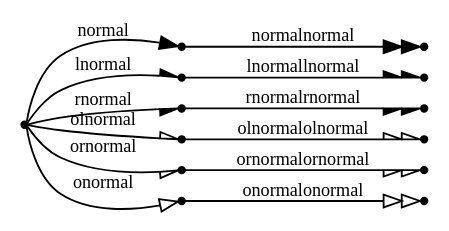
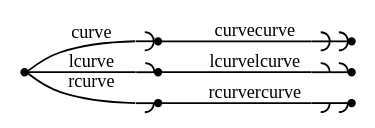
Before and after one commit to graphviz-perl/GraphViz2-Marpa-PathUtils: the diagram in out/clusters.out.08.002.gv, drawn with Graphviz. The commit also changed 47 other files, not shown here.

```diff
--- a/out/clusters.out.08.002.gv
+++ b/out/clusters.out.08.002.gv
@@ -1,19 +1,13 @@
 digraph G
 {
 	graph[rankdir = "LR" nodesep = "0"]
 	node[shape = "point" label = ""]
 	edge[fontsize = "10"]
-	_normal -> normal[arrowhead = "normal" label = "normal"]
-	normal -> normalnormal[arrowhead = "normalnormal" label = "normalnormal"]
-	_normal -> lnormal[arrowhead = "lnormal" label = "lnormal"]
-	lnormal -> lnormallnormal[arrowhead = "lnormallnormal" label = "lnormallnormal"]
-	_normal -> rnormal[arrowhead = "rnormal" label = "rnormal"]
-	rnormal -> rnormalrnormal[arrowhead = "rnormalrnormal" label = "rnormalrnormal"]
-	_normal -> olnormal[arrowhead = "olnormal" label = "olnormal"]
-	olnormal -> olnormalolnormal[arrowhead = "olnormalolnormal" label = "olnormalolnormal"]
-	_normal -> ornormal[arrowhead = "ornormal" label = "ornormal"]
-	ornormal -> ornormalornormal[arrowhead = "ornormalornormal" label = "ornormalornormal"]
-	_normal -> onormal[arrowhead = "onormal" label = "onormal"]
-	onormal -> onormalonormal[arrowhead = "onormalonormal" label = "onormalonormal"]
+	_curve -> curve[arrowhead = "curve" label = "curve"]
+	curve -> curvecurve[arrowhead = "curvecurve" label = "curvecurve"]
+	_curve -> lcurve[arrowhead = "lcurve" label = "lcurve"]
+	lcurve -> lcurvelcurve[arrowhead = "lcurvelcurve" label = "lcurvelcurve"]
+	_curve -> rcurve[arrowhead = "rcurve" label = "rcurve"]
+	rcurve -> rcurvercurve[arrowhead = "rcurvercurve" label = "rcurvercurve"]
 
 }
```
